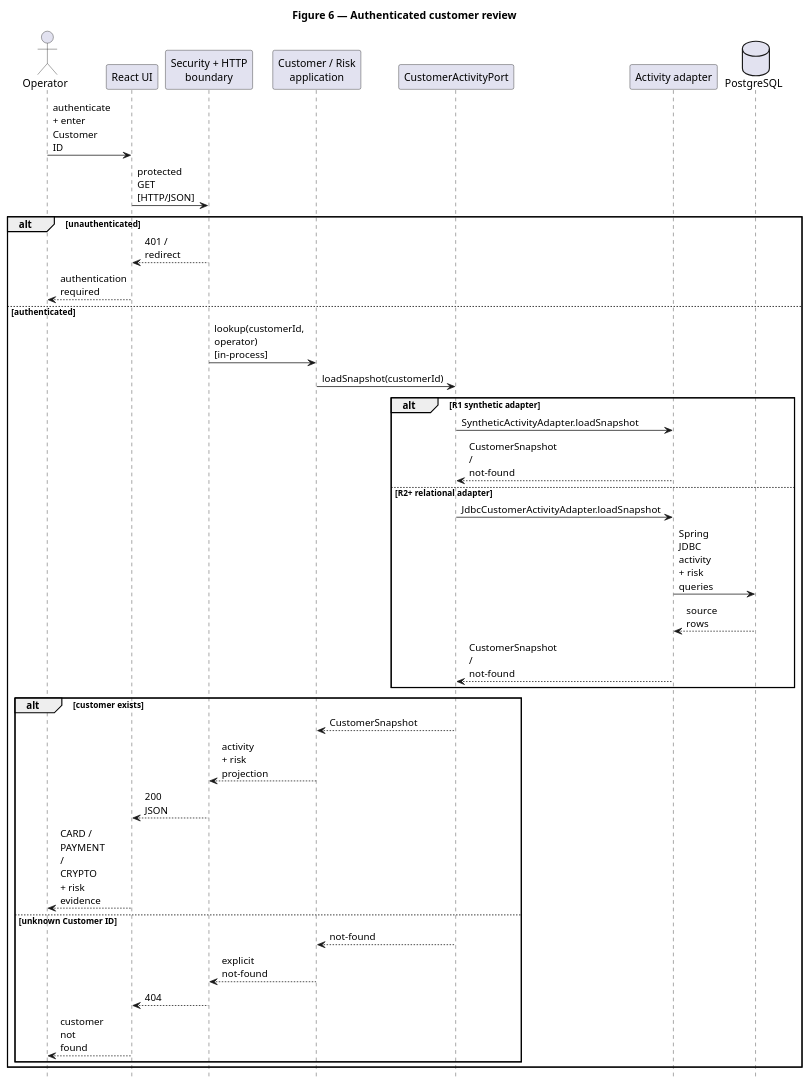
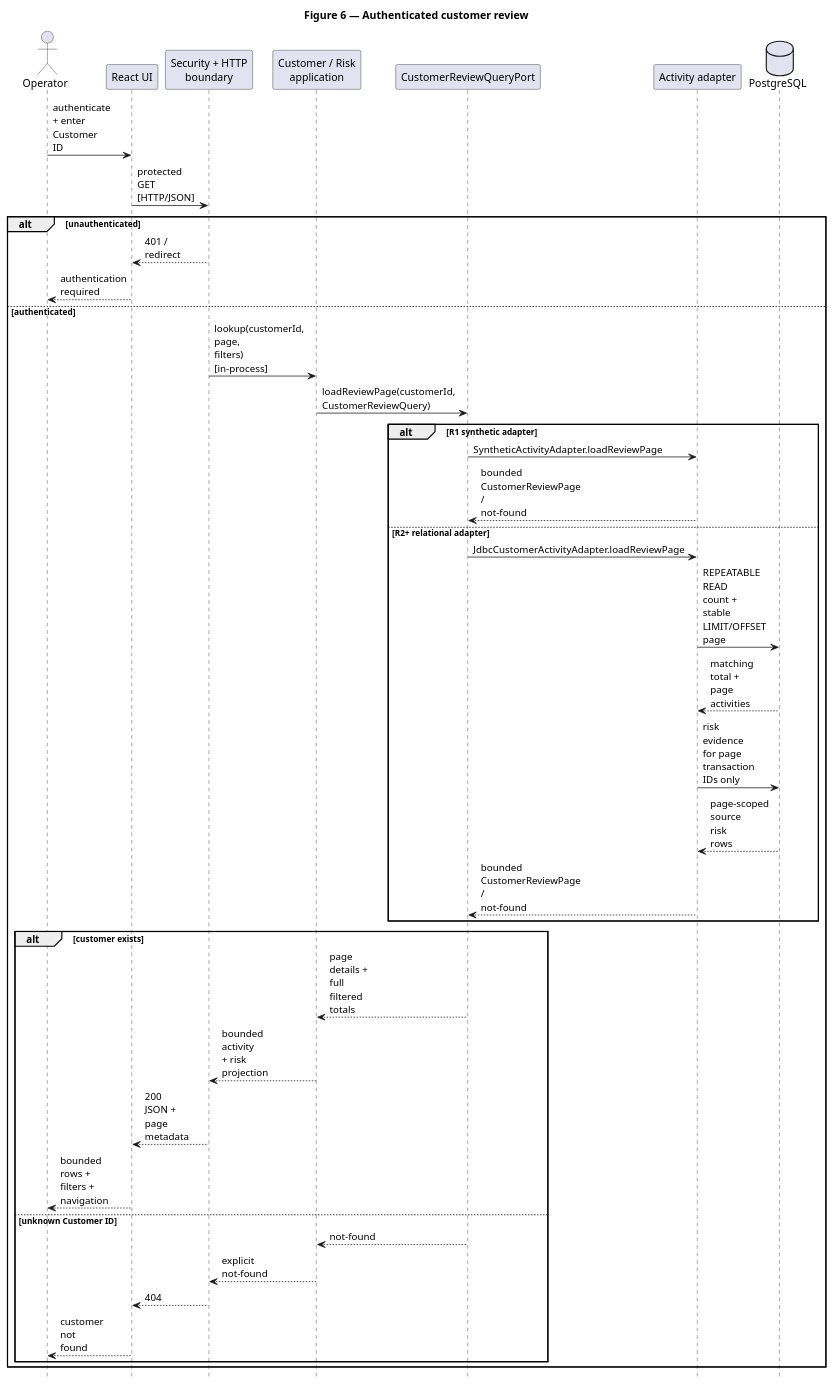
One commit to jdoe-dev-159753/specgraph-reference-app changed the diagram in docs/assignment/SDD/diagrams/sequence-customer-review.puml. Above: the diagram before and after it, drawn with PlantUML. The commit also changed 3 other files, not shown here.

Commit message:
docs: align review diagrams with bounded query contracts

```diff
--- a/docs/assignment/SDD/diagrams/sequence-customer-review.puml
+++ b/docs/assignment/SDD/diagrams/sequence-customer-review.puml
@@ -1,44 +1,46 @@
 @startuml
 title Figure 6 — Authenticated customer review
 hide footbox
 skinparam maxMessageSize 52
 
 actor Operator
 participant "React UI" as UI
 participant "Security + HTTP\nboundary" as Boundary
 participant "Customer / Risk\napplication" as App
-participant "CustomerActivityPort" as Port
+participant "CustomerReviewQueryPort" as Port
 participant "Activity adapter" as Adapter
 database "PostgreSQL" as DB
 
 Operator -> UI : authenticate + enter Customer ID
 UI -> Boundary : protected GET [HTTP/JSON]
 alt unauthenticated
   Boundary --> UI : 401 / redirect
   UI --> Operator : authentication required
 else authenticated
-  Boundary -> App : lookup(customerId, operator) [in-process]
-  App -> Port : loadSnapshot(customerId)
+  Boundary -> App : lookup(customerId, page, filters) [in-process]
+  App -> Port : loadReviewPage(customerId, CustomerReviewQuery)
   alt R1 synthetic adapter
-    Port -> Adapter : SyntheticActivityAdapter.loadSnapshot
-    Adapter --> Port : CustomerSnapshot / not-found
+    Port -> Adapter : SyntheticActivityAdapter.loadReviewPage
+    Adapter --> Port : bounded CustomerReviewPage / not-found
   else R2+ relational adapter
-    Port -> Adapter : JdbcCustomerActivityAdapter.loadSnapshot
-    Adapter -> DB : Spring JDBC activity + risk queries
-    DB --> Adapter : source rows
-    Adapter --> Port : CustomerSnapshot / not-found
+    Port -> Adapter : JdbcCustomerActivityAdapter.loadReviewPage
+    Adapter -> DB : REPEATABLE READ count + stable LIMIT/OFFSET page
+    DB --> Adapter : matching total + page activities
+    Adapter -> DB : risk evidence for page transaction IDs only
+    DB --> Adapter : page-scoped source risk rows
+    Adapter --> Port : bounded CustomerReviewPage / not-found
   end
 
   alt customer exists
-    Port --> App : CustomerSnapshot
-    App --> Boundary : activity + risk projection
-    Boundary --> UI : 200 JSON
-    UI --> Operator : CARD / PAYMENT / CRYPTO + risk evidence
+    Port --> App : page details + full filtered totals
+    App --> Boundary : bounded activity + risk projection
+    Boundary --> UI : 200 JSON + page metadata
+    UI --> Operator : bounded rows + filters + navigation
   else unknown Customer ID
     Port --> App : not-found
     App --> Boundary : explicit not-found
     Boundary --> UI : 404
     UI --> Operator : customer not found
   end
 end
 @enduml
```
